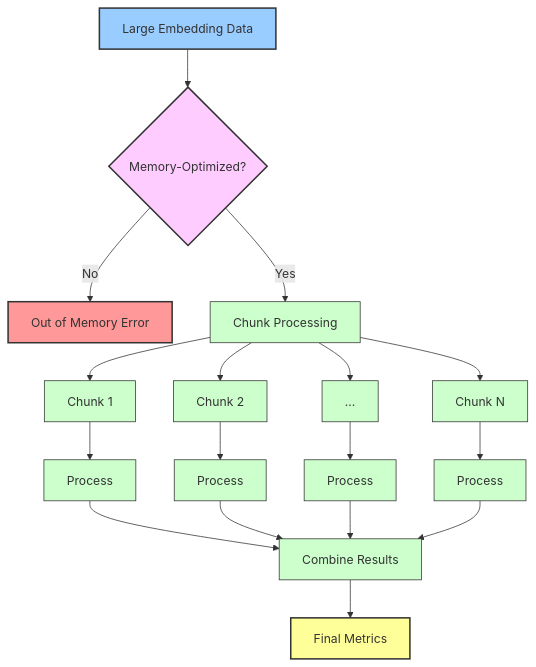
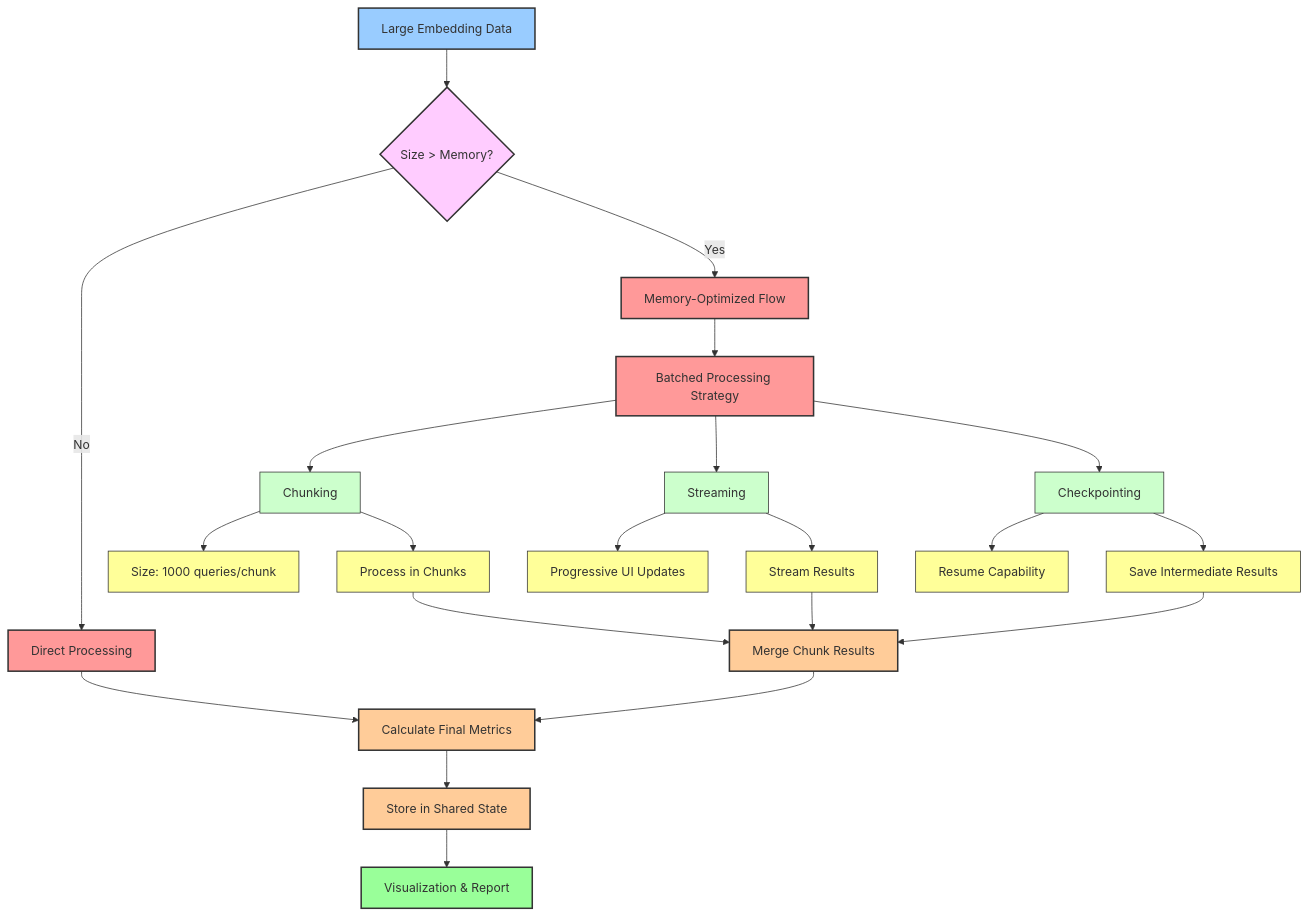
The fourth of 5 diagrams in README.md (ansh-info/stark-agent), drawn with Mermaid before and after one commit. The commit also changed other lines of this file, not shown here.

Commit message:
Add: Mermaid with Data Flow Diagram with Remote Processing

````diff
--- a/README.md
+++ b/README.md
@@ -204,36 +338,49 @@
 ```mermaid
 graph TD
-    A[Large Embedding Data] --> B{Memory-Optimized?}
-    B -->|No| C[Out of Memory Error]
-    B -->|Yes| D[Chunk Processing]
+    A[Large Embedding Data] --> B{Size > Memory?}
+    B -->|No| C1[Direct Processing]
+    B -->|Yes| C2[Memory-Optimized Flow]
 
-    D --> E1[Chunk 1]
-    D --> E2[Chunk 2]
-    D --> E3[...]
-    D --> E4[Chunk N]
+    C2 --> D[Batched Processing Strategy]
 
-    E1 --> F1[Process]
-    E2 --> F2[Process]
-    E3 --> F3[Process]
-    E4 --> F4[Process]
+    D --> E1[Chunking]
+    D --> E2[Streaming]
+    D --> E3[Checkpointing]
 
-    F1 --> G[Combine Results]
-    F2 --> G
-    F3 --> G
-    F4 --> G
+    E1 --> F1[Process in Chunks]
+    E1 --> F2[Size: 1000 queries/chunk]
 
-    G --> H[Final Metrics]
+    E2 --> G1[Stream Results]
+    E2 --> G2[Progressive UI Updates]
+
+    E3 --> H1[Save Intermediate Results]
+    E3 --> H2[Resume Capability]
+
+    F1 --> I[Merge Chunk Results]
+    G1 --> I
+    H1 --> I
+
+    C1 --> J[Calculate Final Metrics]
+    I --> J
+
+    J --> K[Store in Shared State]
+    K --> L[Visualization & Report]
 
     %% Styling
     classDef data fill:#9cf,stroke:#333,stroke-width:2px
     classDef decision fill:#fcf,stroke:#333,stroke-width:2px
-    classDef error fill:#f99,stroke:#333,stroke-width:2px
-    classDef process fill:#cfc,stroke:#333,stroke-width:1px
-    classDef result fill:#ff9,stroke:#333,stroke-width:2px
+    classDef strategy fill:#f99,stroke:#333,stroke-width:2px
+    classDef technique fill:#cfc,stroke:#333,stroke-width:1px
+    classDef detail fill:#ff9,stroke:#333,stroke-width:1px
+    classDef process fill:#fc9,stroke:#333,stroke-width:2px
+    classDef output fill:#9f9,stroke:#333,stroke-width:2px
 
     class A data
     class B decision
-    class C error
-    class D,E1,E2,E3,E4,F1,F2,F3,F4,G process
-    class H result
+    class C1,C2 strategy
+    class D strategy
+    class E1,E2,E3 technique
+    class F1,F2,G1,G2,H1,H2 detail
+    class I,J,K process
+    class L output
 ```
````
